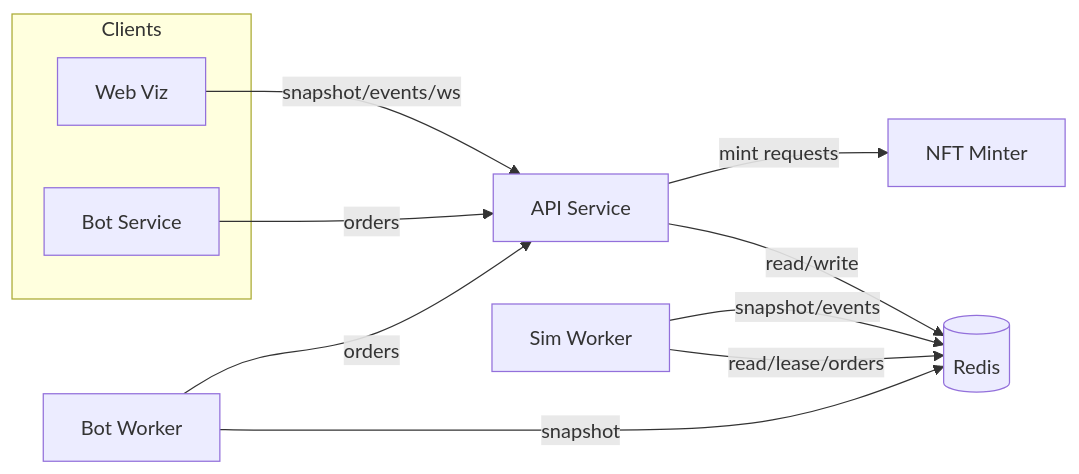
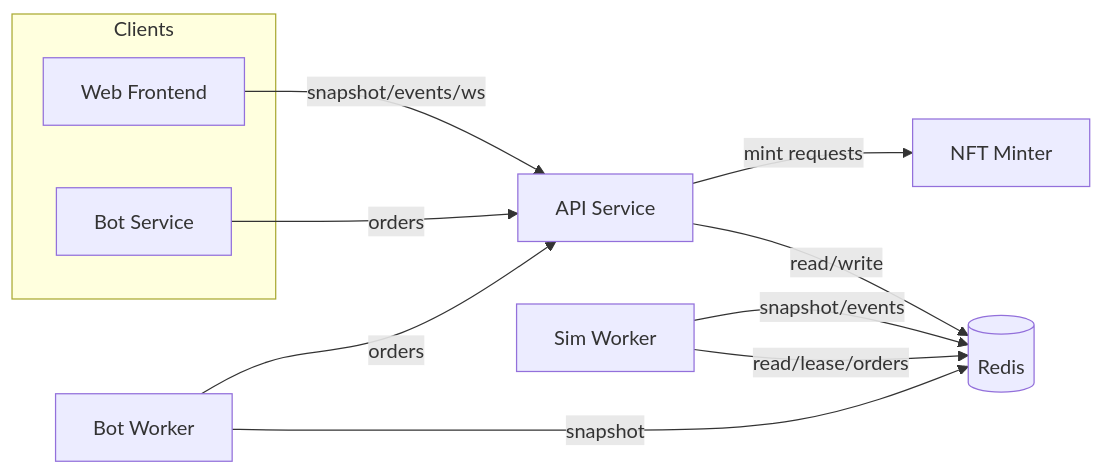
The second of 4 diagrams in README.md (jseketa-fipu/sector), drawn with Mermaid before and after one commit. The commit also changed other lines of this file and 8 other files, not shown here.

Commit message:
Refactored everything from viz to frontend.

````diff
--- a/README.md
+++ b/README.md
@@ -178,22 +178,22 @@
 ```mermaid
 flowchart LR
   subgraph Clients
-    VIZ[Web Viz]
+    FRONTEND[Web Frontend]
     BOT[Bot Service]
   end
 
   API[API Service]
   WORKER[Sim Worker]
   BOTW[Bot Worker]
   REDIS[(Redis)]
   MINTER[NFT Minter]
 
-  VIZ -- snapshot/events/ws --> API
+  FRONTEND -- snapshot/events/ws --> API
   BOT -- orders --> API
   API -- read/write --> REDIS
   WORKER -- read/lease/orders --> REDIS
   WORKER -- snapshot/events --> REDIS
   BOTW -- snapshot --> REDIS
   BOTW -- orders --> API
   API -- mint requests --> MINTER
 ```
````
